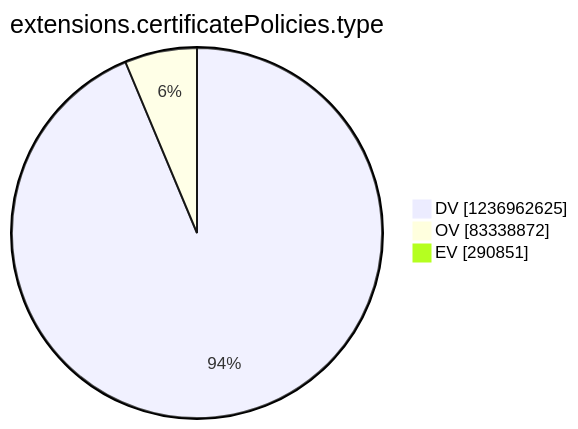
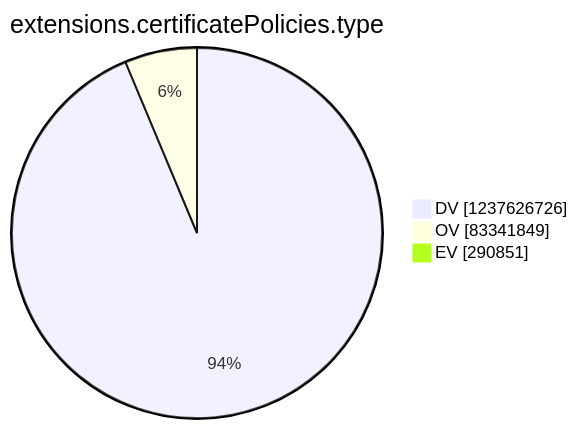
One commit to christiankrug/ctmonitor_visualization changed the tenth of 15 diagrams in argon2022/README.md. Above: the diagram before and after it, drawn with Mermaid. The commit also changed other lines of this file, not shown here.

````diff
--- a/argon2022/README.md
+++ b/argon2022/README.md
@@ -2771,7 +2771,7 @@
 ```mermaid
 pie showData
 title extensions.certificatePolicies.type
-"DV" :1236962625
-"OV" :83338872
+"DV" :1237626726
+"OV" :83341849
 "EV" :290851
 ```
````
